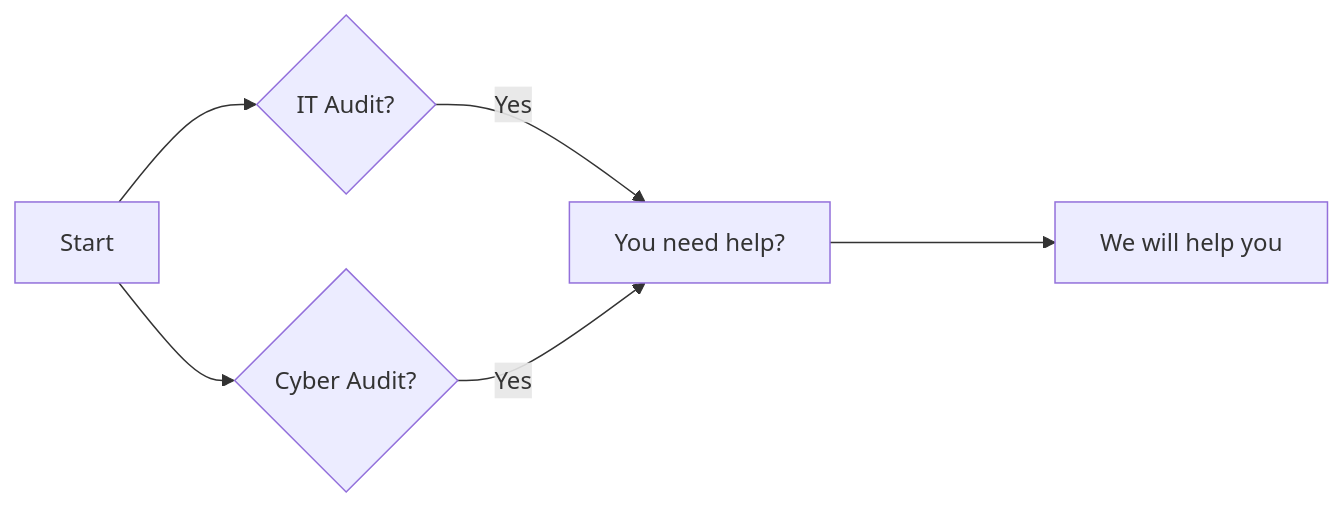
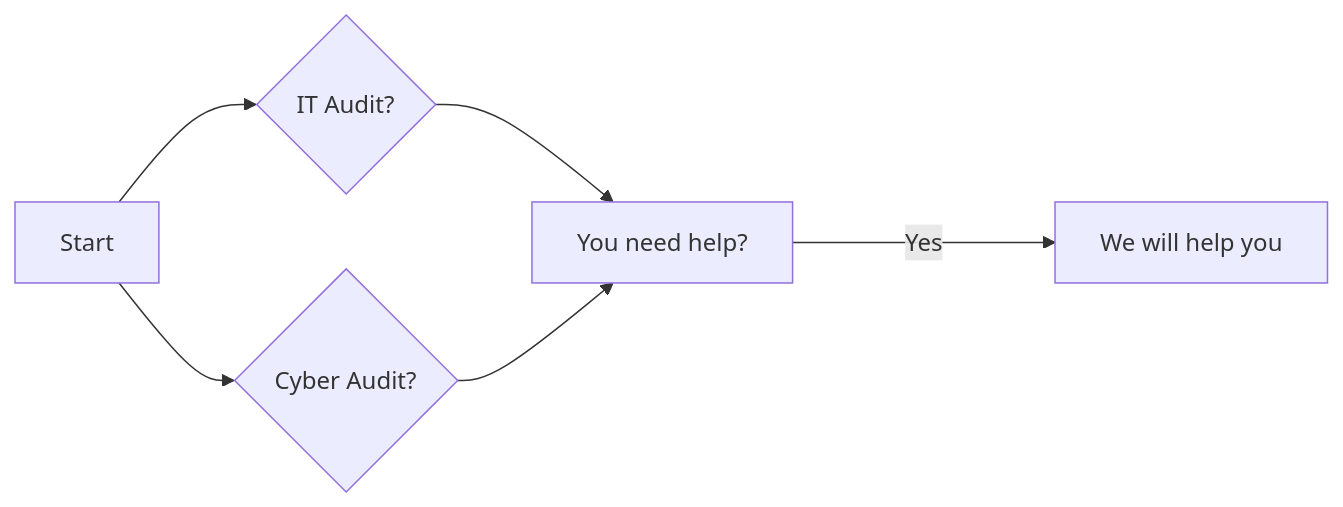
Before and after one commit to bg0007/bg0007.github.io: the diagram in index.md, drawn with Mermaid.

````diff
--- a/index.md
+++ b/index.md
@@ -28,8 +28,8 @@
 ``` mermaid
 graph LR
   A[Start] --> B{IT Audit?};
   A[Start] --> C{Cyber Audit?};
-  B -->|Yes| D[You need help?];
-  C -->|Yes| D[You need help?];
-  D ----> E[We will help you];
+  B --> D[You need help?];
+  C --> D[You need help?];
+  D ----> |Yes| E[We will help you];
 ```
````
